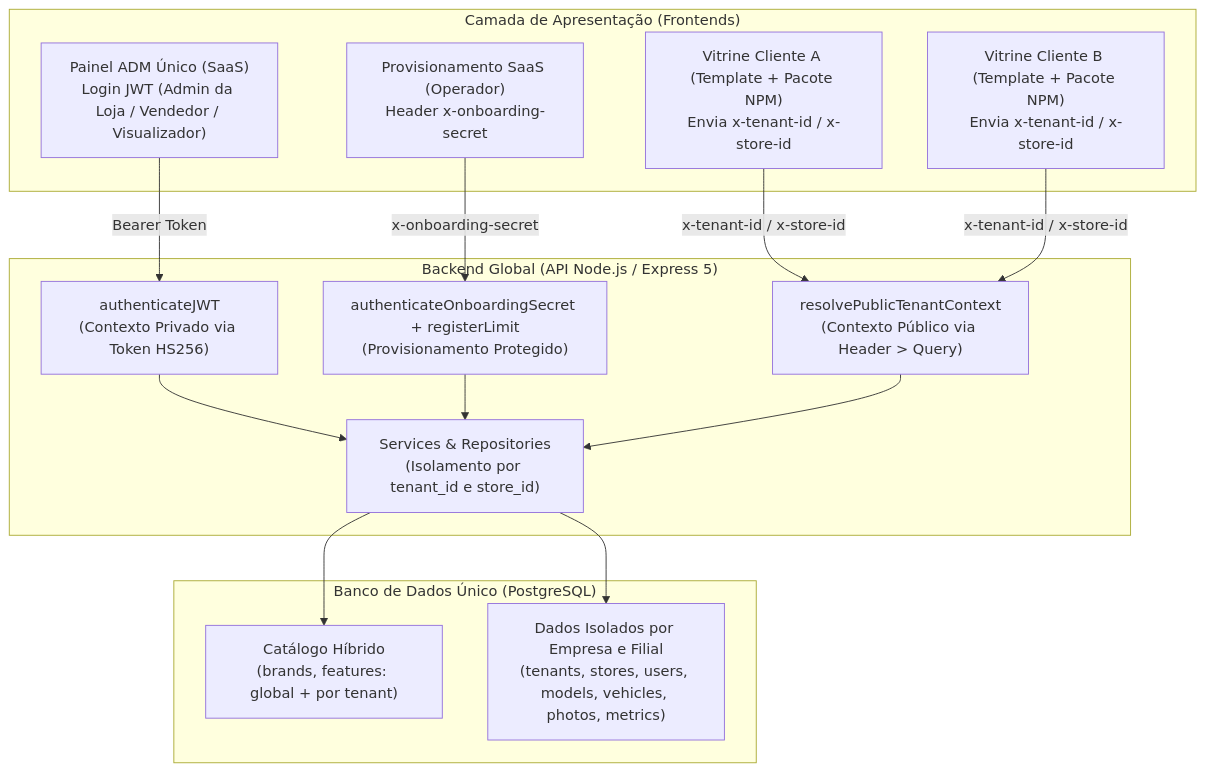
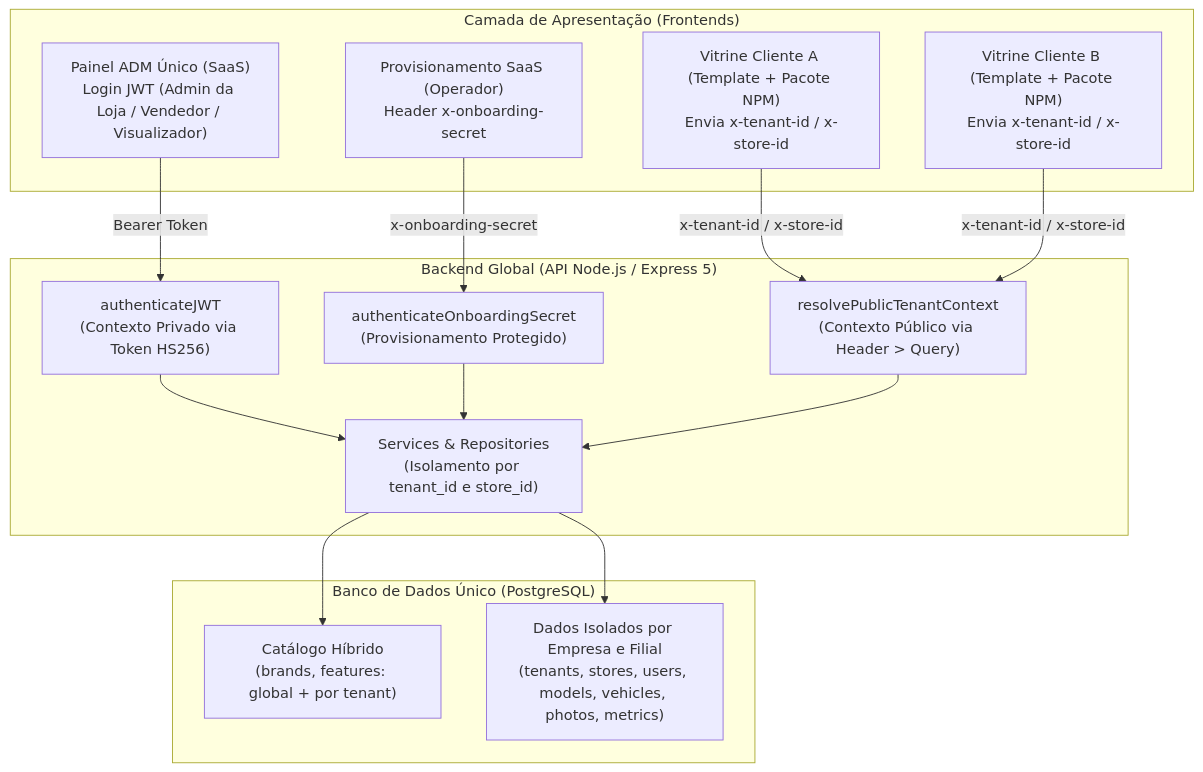
One commit to RaulDoug/back-end-site-garagem changed the first of 2 diagrams in Docs/arquitetura-ecossistema.md. Above: the diagram before and after it, drawn with Mermaid. The commit also changed other lines of this file and 5 other files, not shown here.

Commit message:
docs(auth): document registerLimit deactivation, ONBOARDING_SECRET boot check, and TRUST_PROXY_HOPS=0

````diff
--- a/Docs/arquitetura-ecossistema.md
+++ b/Docs/arquitetura-ecossistema.md
@@ -9,30 +9,30 @@
 ```mermaid
 flowchart TD
     subgraph Frontends["Camada de Apresentação (Frontends)"]
         ADM["Painel ADM Único (SaaS)\nLogin JWT (Admin da Loja / Vendedor / Visualizador)"]
         Ops["Provisionamento SaaS (Operador)\nHeader x-onboarding-secret"]
         VitrineA["Vitrine Cliente A (Template + Pacote NPM)\nEnvia x-tenant-id / x-store-id"]
         VitrineB["Vitrine Cliente B (Template + Pacote NPM)\nEnvia x-tenant-id / x-store-id"]
     end
 
     subgraph Backend["Backend Global (API Node.js / Express 5)"]
         AuthMW["authenticateJWT\n(Contexto Privado via Token HS256)"]
-        OnboardMW["authenticateOnboardingSecret + registerLimit\n(Provisionamento Protegido)"]
+        OnboardMW["authenticateOnboardingSecret\n(Provisionamento Protegido)"]
         TenantMW["resolvePublicTenantContext\n(Contexto Público via Header > Query)"]
         Services["Services & Repositories\n(Isolamento por tenant_id e store_id)"]
     end
 
     subgraph Database["Banco de Dados Único (PostgreSQL)"]
         HybridTables["Catálogo Híbrido\n(brands, features: global + por tenant)"]
         TenantTables["Dados Isolados por Empresa e Filial\n(tenants, stores, users, models, vehicles, photos, metrics)"]
     end
 
     ADM -->|Bearer Token| AuthMW
     Ops -->|x-onboarding-secret| OnboardMW
     VitrineA -->|x-tenant-id / x-store-id| TenantMW
     VitrineB -->|x-tenant-id / x-store-id| TenantMW
     AuthMW --> Services
     OnboardMW --> Services
     TenantMW --> Services
     Services --> HybridTables & TenantTables
 ```
````
